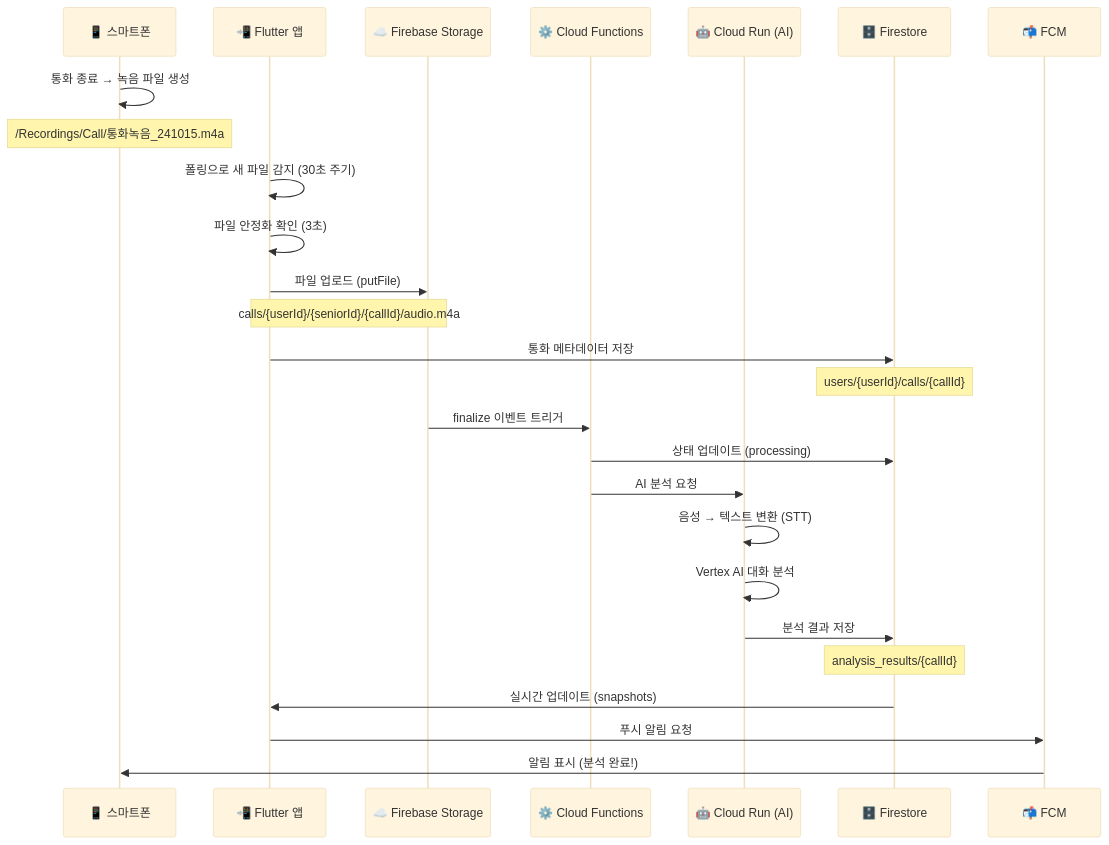
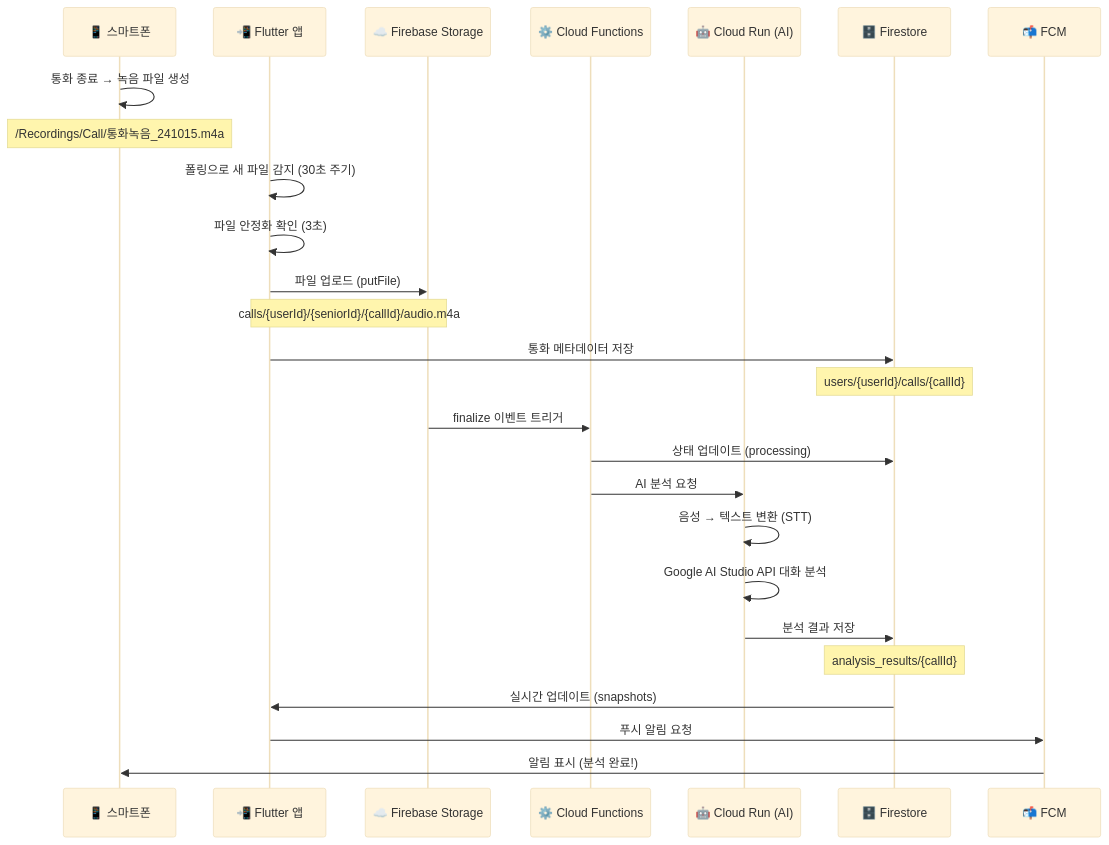
The sixth of 54 diagrams in docs/backend.md (lmmj1221/senior_mhealth_lecture), drawn with Mermaid (base theme) before and after one commit. The commit also changed other lines of this file and 7 other files, not shown here.

First line of the commit message:
docs: Update references from Vertex AI to Google AI Studio API

````diff
--- a/docs/backend.md
+++ b/docs/backend.md
@@ -1232,36 +1232,36 @@
 ```mermaid
 sequenceDiagram
     participant Phone as 📱 스마트폰
     participant FlutterApp as 📲 Flutter 앱
     participant FirebaseStorage as ☁️ Firebase Storage
     participant CloudFunctions as ⚙️ Cloud Functions
     participant CloudRunAI as 🤖 Cloud Run (AI)
     participant Firestore as 🗄️ Firestore
     participant FCM as 📬 FCM
 
     Phone->>Phone: 통화 종료 → 녹음 파일 생성
     Note over Phone: /Recordings/Call/통화녹음_241015.m4a
 
     FlutterApp->>FlutterApp: 폴링으로 새 파일 감지 (30초 주기)
     FlutterApp->>FlutterApp: 파일 안정화 확인 (3초)
 
     FlutterApp->>FirebaseStorage: 파일 업로드 (putFile)
     Note over FlutterApp,FirebaseStorage: calls/{userId}/{seniorId}/{callId}/audio.m4a
 
     FlutterApp->>Firestore: 통화 메타데이터 저장
     Note over Firestore: users/{userId}/calls/{callId}
 
     FirebaseStorage->>CloudFunctions: finalize 이벤트 트리거
 
     CloudFunctions->>Firestore: 상태 업데이트 (processing)
     CloudFunctions->>CloudRunAI: AI 분석 요청
 
     CloudRunAI->>CloudRunAI: 음성 → 텍스트 변환 (STT)
-    CloudRunAI->>CloudRunAI: Vertex AI 대화 분석
+    CloudRunAI->>CloudRunAI: Google AI Studio API 대화 분석
     CloudRunAI->>Firestore: 분석 결과 저장
     Note over Firestore: analysis_results/{callId}
 
     Firestore->>FlutterApp: 실시간 업데이트 (snapshots)
     FlutterApp->>FCM: 푸시 알림 요청
     FCM->>Phone: 알림 표시 (분석 완료!)
 ```
````
